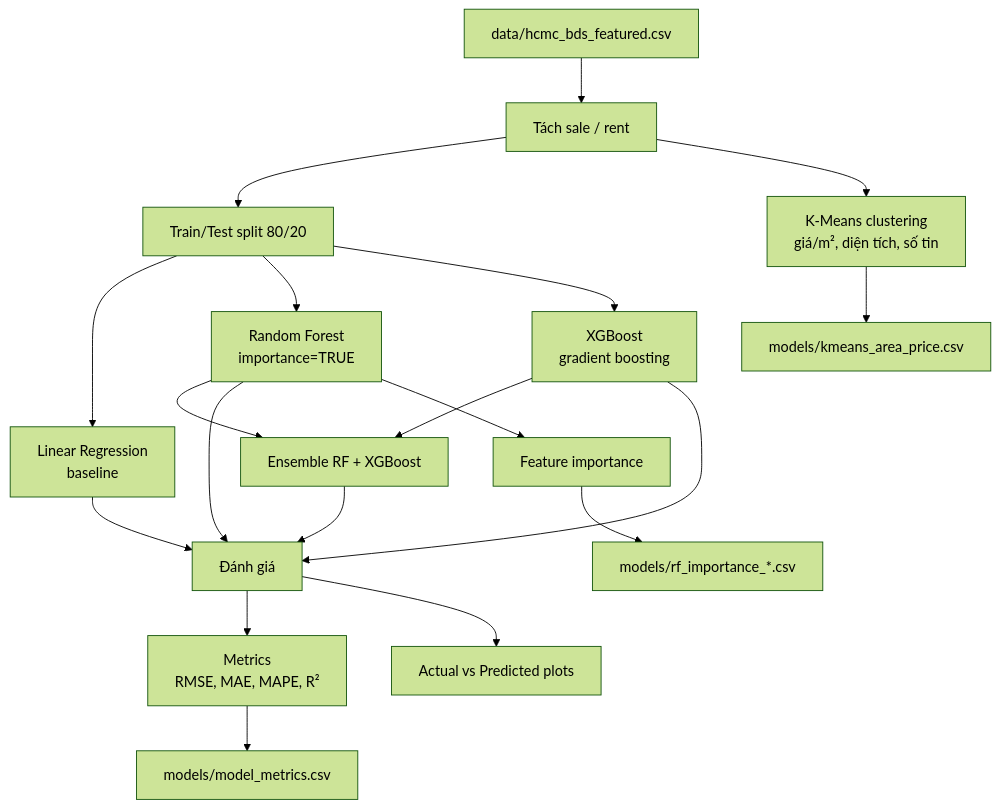
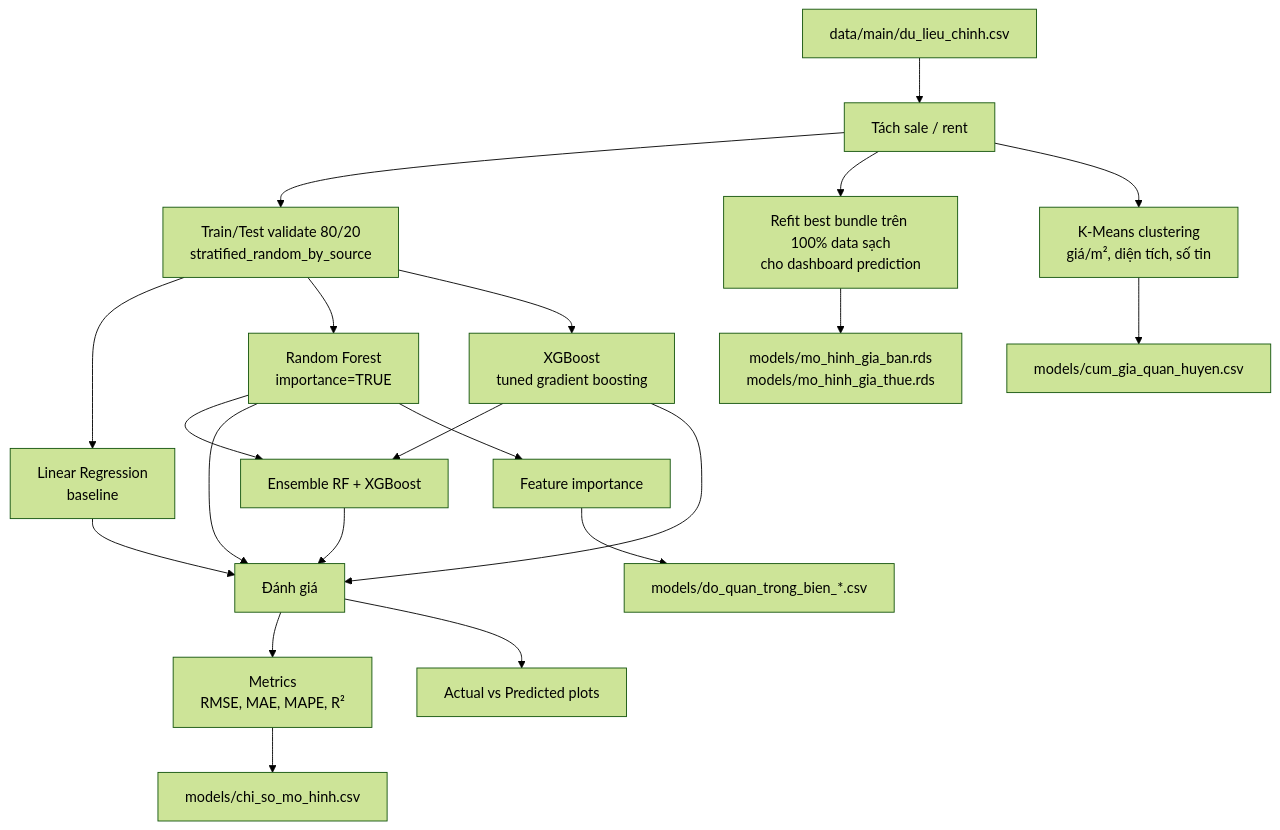
One commit to nguyenkhang310/phantichnhadathcm changed the diagram in docs/diagrams/ml_workflow.mmd. Above: the diagram before and after it, drawn with Mermaid (forest theme). The commit also changed 82 other files, not shown here.

```diff
--- a/docs/diagrams/ml_workflow.mmd
+++ b/docs/diagrams/ml_workflow.mmd
@@ -1,19 +1,21 @@
 flowchart TD
-  A["data/hcmc_bds_featured.csv"] --> B["Tách sale / rent"]
-  B --> C["Train/Test split 80/20"]
+  A["data/main/du_lieu_chinh.csv"] --> B["Tách sale / rent"]
+  B --> C["Train/Test validate 80/20<br/>stratified_random_by_source"]
   C --> D["Linear Regression<br/>baseline"]
   C --> E["Random Forest<br/>importance=TRUE"]
-  C --> F["XGBoost<br/>gradient boosting"]
+  C --> F["XGBoost<br/>tuned gradient boosting"]
   E --> G["Ensemble RF + XGBoost"]
   F --> G
   D --> H["Đánh giá"]
   E --> H
   F --> H
   G --> H
   H --> I["Metrics<br/>RMSE, MAE, MAPE, R²"]
   H --> J["Actual vs Predicted plots"]
   E --> K["Feature importance"]
+  B --> P["Refit best bundle trên 100% data sạch<br/>cho dashboard prediction"]
   B --> L["K-Means clustering<br/>giá/m², diện tích, số tin"]
-  I --> M["models/model_metrics.csv"]
-  K --> N["models/rf_importance_*.csv"]
-  L --> O["models/kmeans_area_price.csv"]
+  I --> M["models/chi_so_mo_hinh.csv"]
+  K --> N["models/do_quan_trong_bien_*.csv"]
+  P --> Q["models/mo_hinh_gia_ban.rds<br/>models/mo_hinh_gia_thue.rds"]
+  L --> O["models/cum_gia_quan_huyen.csv"]
```
